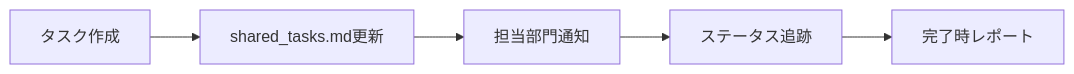
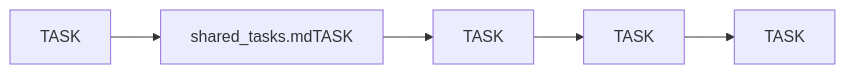
One commit to tfuruta1/specification_driven_system_development_by_claude_code changed the first of 2 diagrams in .claude/system/activity_report_manager.md. Above: the diagram before and after it, drawn with Mermaid. The commit also changed other lines of this file and 437 other files, not shown here.

````diff
--- a/.claude/system/activity_report_manager.md
+++ b/.claude/system/activity_report_manager.md
@@ -9,7 +9,7 @@
 ```mermaid
 graph LR
-    A[タスク作成] --> B[shared_tasks.md更新]
-    B --> C[担当部門通知]
-    C --> D[ステータス追跡]
-    D --> E[完了時レポート]
+    A[TASK] --> B[shared_tasks.mdTASK]
+    B --> C[TASK]
+    C --> D[TASK]
+    D --> E[TASK]
 ```
````
